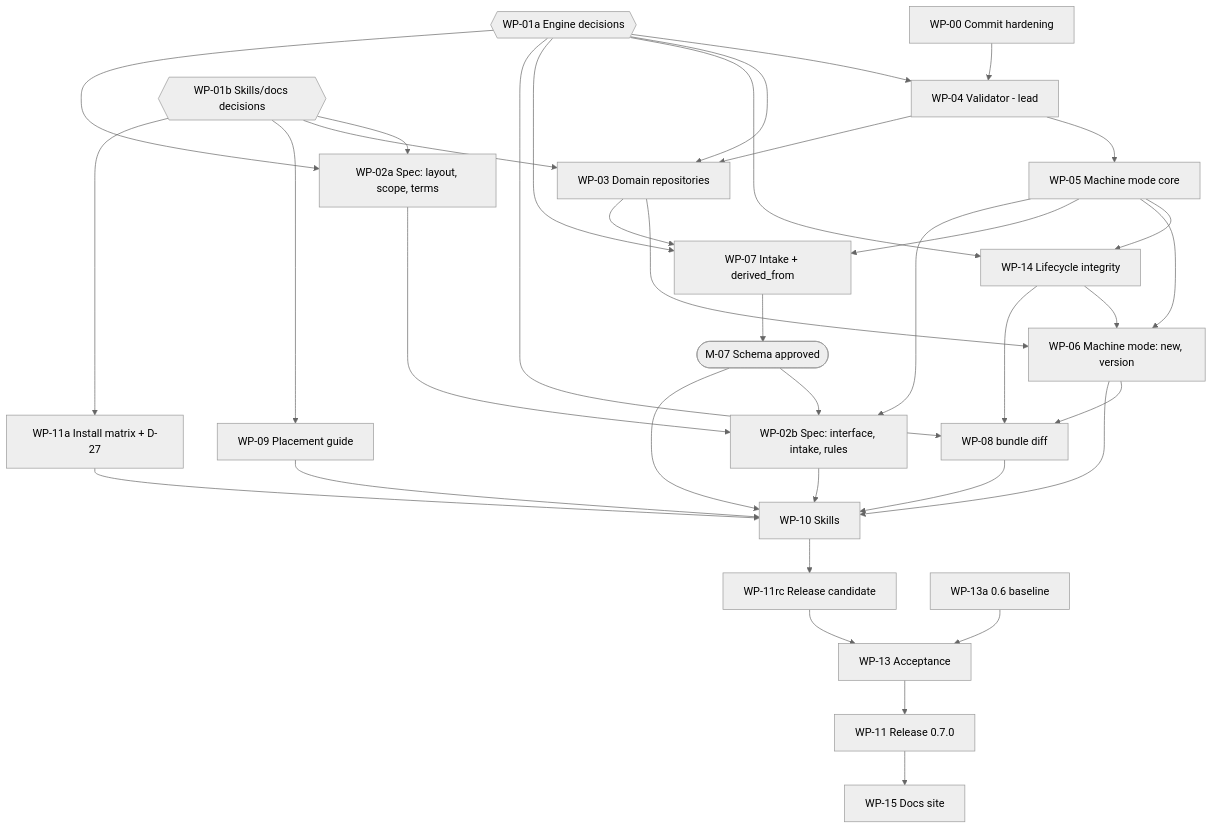
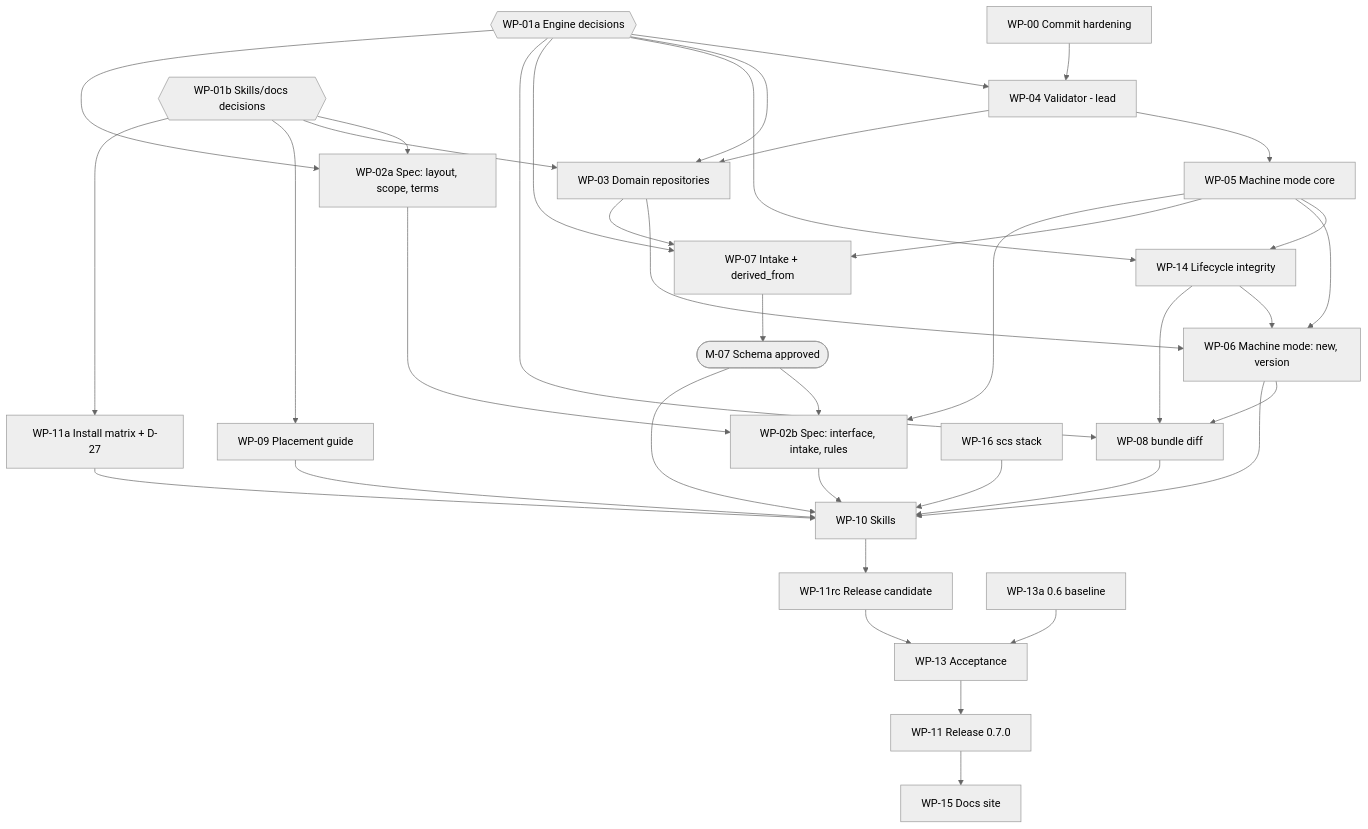
One commit to tim-mccrimmon/structured-context-spec changed the diagram in plan/0.7/06-work-breakdown.md. Above: the diagram before and after it, drawn with Mermaid (neutral theme). The commit also changed other lines of this file and 10 other files, not shown here.

````diff
--- a/plan/0.7/06-work-breakdown.md
+++ b/plan/0.7/06-work-breakdown.md
@@ -18,39 +18,40 @@
 ```mermaid
 graph TD
   WP00[WP-00 Commit hardening] --> WP04
   WP01a{{WP-01a Engine decisions}} --> WP04
   WP01a --> WP03
   WP01a --> WP14
   WP01a --> WP07
   WP01a --> WP08
   WP01a --> WP02a
   WP01b{{WP-01b Skills/docs decisions}} --> WP02a
   WP01b --> WP03
   WP01b --> WP09
   WP01b --> WP11a
   WP04[WP-04 Validator - lead] --> WP05
   WP04 --> WP03
   WP05[WP-05 Machine mode core] --> WP14
   WP05 --> WP06
   WP05 --> WP07
   WP05 --> WP02b
   WP03[WP-03 Domain repositories] --> WP06
   WP03 --> WP07
   WP14[WP-14 Lifecycle integrity] --> WP06
   WP14 --> WP08
   WP06[WP-06 Machine mode: new, version] --> WP08
   WP07[WP-07 Intake + derived_from] --> M07([M-07 Schema approved])
   M07 --> WP02b
   M07 --> WP10
   WP02a[WP-02a Spec: layout, scope, terms] --> WP02b[WP-02b Spec: interface, intake, rules]
   WP02b --> WP10
   WP06 --> WP10
   WP08[WP-08 bundle diff] --> WP10
   WP09[WP-09 Placement guide] --> WP10
+  WP16[WP-16 scs stack] --> WP10
   WP11a[WP-11a Install matrix + D-27] --> WP10
   WP10[WP-10 Skills] --> WP11rc[WP-11rc Release candidate]
   WP11rc --> WP13[WP-13 Acceptance]
   WP13a[WP-13a 0.6 baseline] --> WP13
   WP13 --> WP11[WP-11 Release 0.7.0]
   WP11 --> WP15[WP-15 Docs site]
 ```
````
